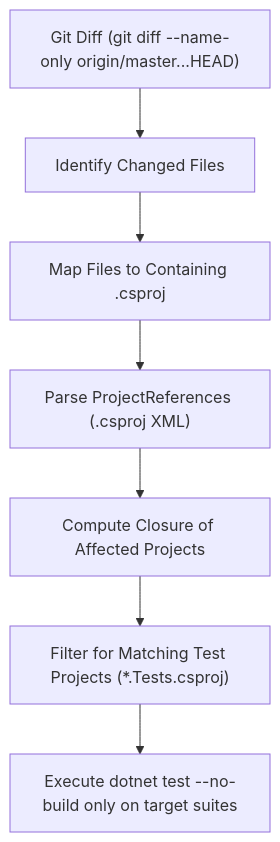
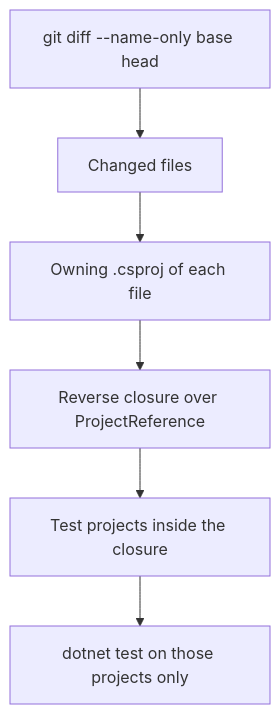
The first of 2 diagrams in wiki/04-SDET-Transitive-Affected-Testing.md (ugritchaichana/booth-homelab), drawn with Mermaid before and after one commit. The commit also changed other lines of this file and 13 other files, not shown here.

````diff
--- a/wiki/04-SDET-Transitive-Affected-Testing.md
+++ b/wiki/04-SDET-Transitive-Affected-Testing.md
@@ -19,9 +7,8 @@
 ```mermaid
 graph TD
-    Diff["Git Diff (git diff --name-only origin/master...HEAD)"] --> ChangedFiles["Identify Changed Files"]
-    ChangedFiles --> ProjectMap["Map Files to Containing .csproj"]
-    ProjectMap --> DependencyGraph["Parse ProjectReferences (.csproj XML)"]
-    DependencyGraph --> AffectedProjects["Compute Closure of Affected Projects"]
-    AffectedProjects --> TestSuites["Filter for Matching Test Projects (*.Tests.csproj)"]
-    TestSuites --> Execute["Execute dotnet test --no-build only on target suites"]
+    Diff["git diff --name-only base head"] --> Files["Changed files"]
+    Files --> Owner["Owning .csproj of each file"]
+    Owner --> Graph["Reverse closure over ProjectReference"]
+    Graph --> Tests["Test projects inside the closure"]
+    Tests --> Run["dotnet test on those projects only"]
 ```
````
